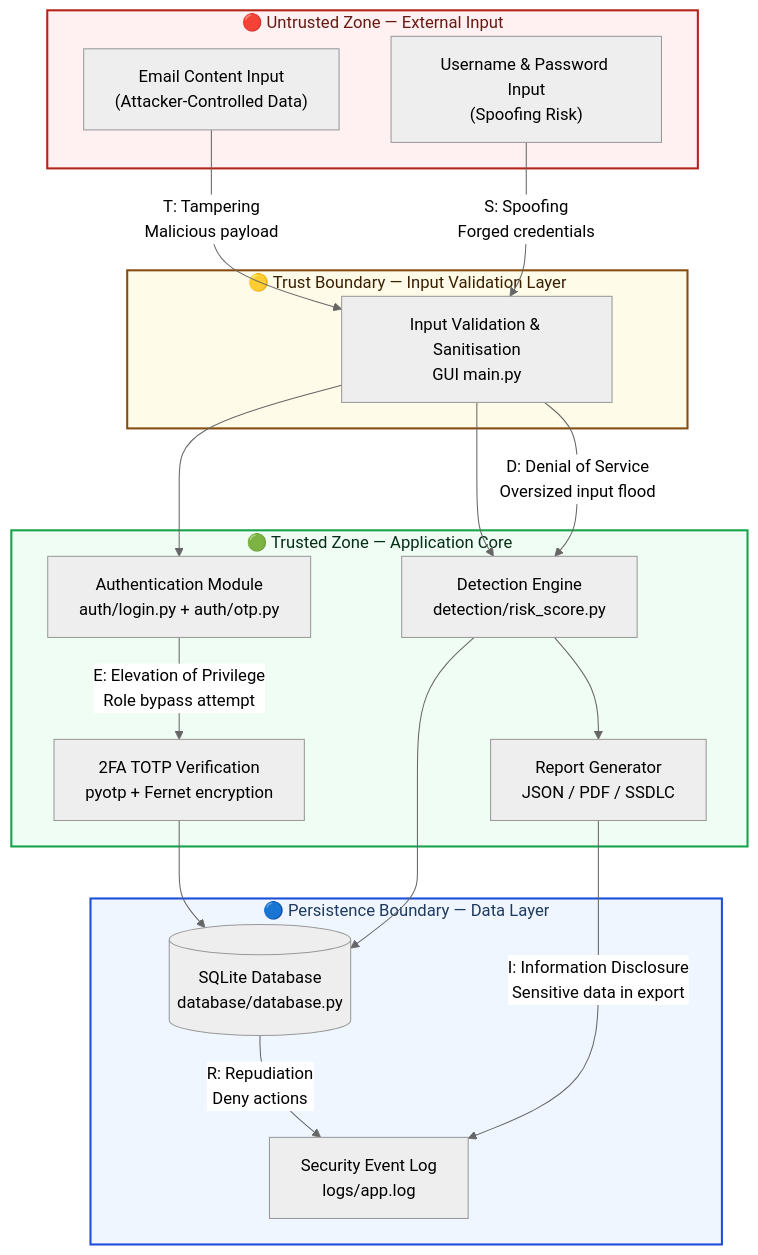
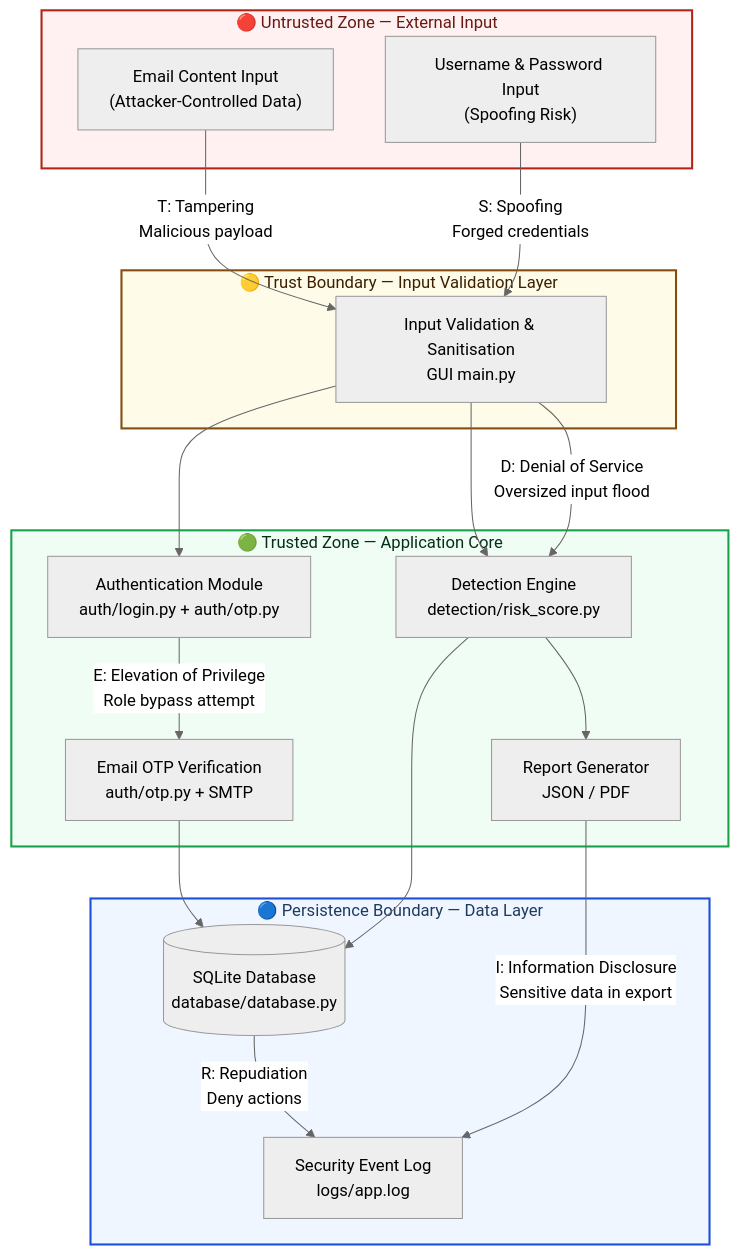
One commit to marmikkarki20-droid/Email-phishing-Detection-system changed the third of 6 diagrams in reports/Architecture_Diagram.md. Above: the diagram before and after it, drawn with Mermaid (neutral theme). The commit also changed other lines of this file and 16 other files, not shown here.

````diff
--- a/reports/Architecture_Diagram.md
+++ b/reports/Architecture_Diagram.md
@@ -77,40 +144,40 @@
 ```mermaid
 flowchart TD
     subgraph UNTRUSTED["🔴 Untrusted Zone — External Input"]
         EMail["Email Content Input\n(Attacker-Controlled Data)"]
         Creds["Username & Password Input\n(Spoofing Risk)"]
     end
 
     subgraph BOUNDARY["🟡 Trust Boundary — Input Validation Layer"]
         VAL["Input Validation & Sanitisation\nGUI main.py"]
     end
 
     subgraph APP["🟢 Trusted Zone — Application Core"]
         AUTH["Authentication Module\nauth/login.py + auth/otp.py"]
-        OTP["2FA TOTP Verification\npyotp + Fernet encryption"]
+        OTP["Email OTP Verification\nauth/otp.py + SMTP"]
         DET["Detection Engine\ndetection/risk_score.py"]
-        REP["Report Generator\nJSON / PDF / SSDLC"]
+        REP["Report Generator\nJSON / PDF"]
     end
 
     subgraph PERSIST["🔵 Persistence Boundary — Data Layer"]
         DB[("SQLite Database\ndatabase/database.py")]
         LOG["Security Event Log\nlogs/app.log"]
     end
 
     Creds -- "S: Spoofing\nForged credentials" --> VAL
     EMail -- "T: Tampering\nMalicious payload" --> VAL
     VAL --> AUTH
     VAL --> DET
     AUTH -- "E: Elevation of Privilege\nRole bypass attempt" --> OTP
     OTP --> DB
     DET --> DB
     DET --> REP
     REP -- "I: Information Disclosure\nSensitive data in export" --> LOG
     DB -- "R: Repudiation\nDeny actions" --> LOG
     VAL -- "D: Denial of Service\nOversized input flood" --> DET
 
     style UNTRUSTED fill:#fff1f2,stroke:#b42318,color:#661a12,stroke-width:2px
     style BOUNDARY fill:#fefce8,stroke:#854d0e,color:#3b1f02,stroke-width:2px
     style APP fill:#f0fdf4,stroke:#16a34a,color:#052e16,stroke-width:2px
     style PERSIST fill:#eff6ff,stroke:#1d4ed8,color:#1e3a5f,stroke-width:2px
 ```
````
